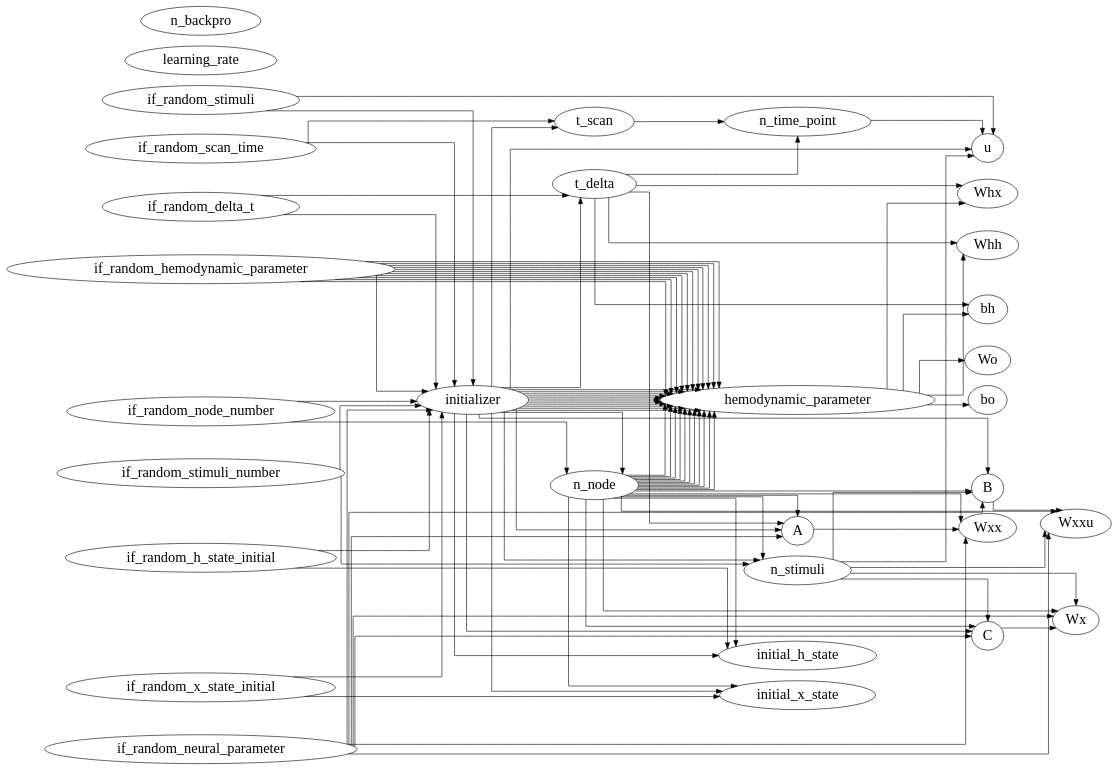
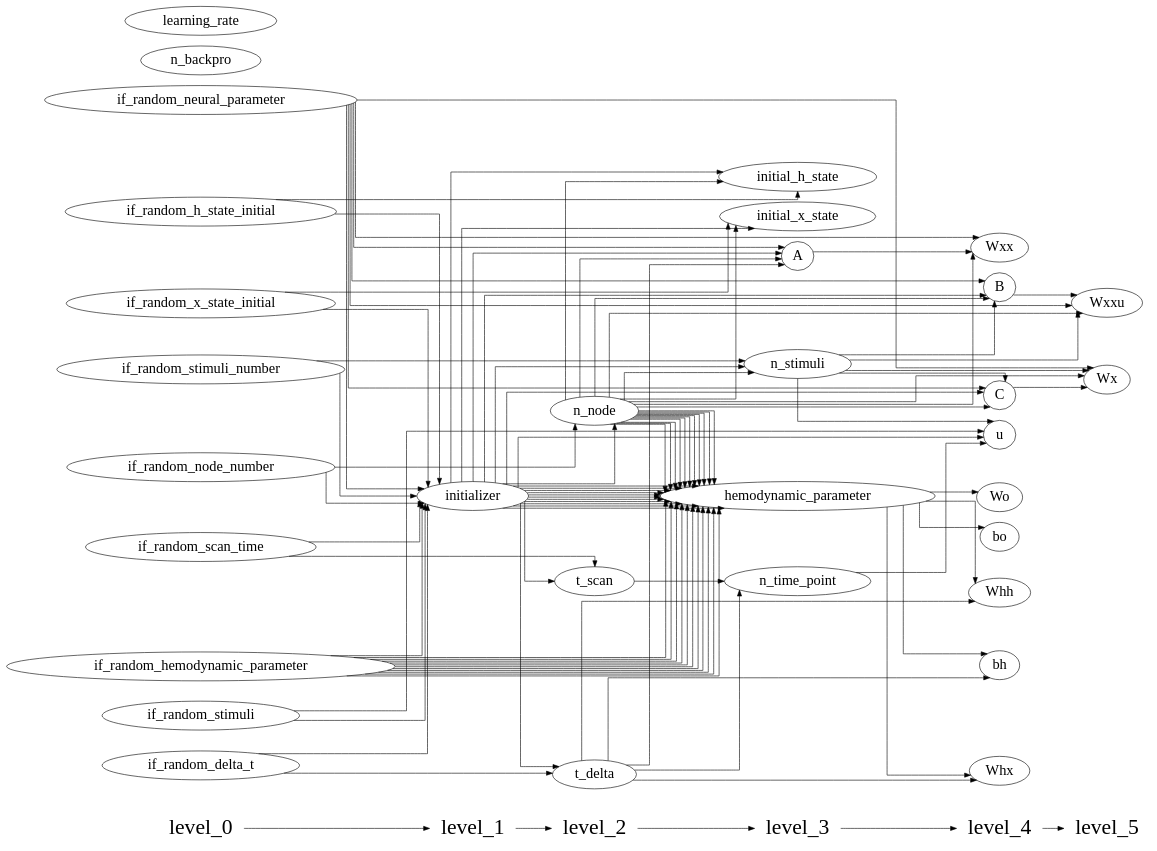
The diagram in DCM_RNN/documents/parameter_graph.gv (YuanWangOnward/DCM_RNN), drawn with Graphviz before and after one commit. The commit also changed 4 other files, not shown here.

Commit message:
Update ParameterGraph.generate_gv_file level lables are added and parameters at the same level are put into the same rank

```diff
--- a/DCM_RNN/documents/parameter_graph.gv
+++ b/DCM_RNN/documents/parameter_graph.gv
@@ -1,110 +1,163 @@
 digraph G {
           splines=ortho;
           rankdir = "LR";
           node[fontsize=24];
-          if_random_neural_parameter -> Wx;
-          n_node -> Wx;
-          n_stimuli -> Wx;
-          C -> Wx;
+          {
+          node [shape=plaintext fontsize=36];
+          level_0 -> 
+          level_1 -> 
+          level_2 -> 
+          level_3 -> 
+          level_4 -> 
+          level_5
+          }
+          {rank = same;
+          initializer;
+          }
+          {rank = same;
+          if_random_neural_parameter;
+          if_random_hemodynamic_parameter;
+          if_random_x_state_initial;
+          if_random_h_state_initial;
+          if_random_stimuli;
+          if_random_node_number;
+          if_random_stimuli_number;
+          if_random_delta_t;
+          if_random_scan_time;
+          n_backpro;
+          learning_rate;
+          }
+          {rank = same;
+          n_node;
+          t_delta;
+          t_scan;
+          }
+          {rank = same;
+          Wxxu;
+          Wx;
+          }
+          {rank = same;
+          u;
+          B;
+          C;
+          Wxx;
+          Whx;
+          Whh;
+          bh;
+          Wo;
+          bo;
+          }
+          {rank = same;
+          n_time_point;
+          n_stimuli;
+          A;
+          hemodynamic_parameter;
+          initial_x_state;
+          initial_h_state;
+          }
           hemodynamic_parameter -> Whh;
           t_delta -> Whh;
-          t_delta -> A;
-          if_random_neural_parameter -> A;
-          n_node -> A;
-          initializer -> A;
-          if_random_delta_t -> t_delta;
-          initializer -> t_delta;
+          if_random_neural_parameter -> Wxx;
+          n_node -> Wxx;
+          A -> Wxx;
           n_node -> hemodynamic_parameter;
           if_random_hemodynamic_parameter -> hemodynamic_parameter;
           initializer -> hemodynamic_parameter;
-          if_random_node_number -> n_node;
-          initializer -> n_node;
-          if_random_h_state_initial;
-          n_node -> initial_h_state;
-          if_random_h_state_initial -> initial_h_state;
-          initializer -> initial_h_state;
-          if_random_scan_time;
-          learning_rate;
-          if_random_neural_parameter -> B;
-          n_node -> B;
-          n_stimuli -> B;
-          initializer -> B;
-          if_random_stimuli_number -> n_stimuli;
-          n_node -> n_stimuli;
-          initializer -> n_stimuli;
-          if_random_delta_t;
-          t_scan -> n_time_point;
-          t_delta -> n_time_point;
-          n_node -> hemodynamic_parameter;
-          if_random_hemodynamic_parameter -> hemodynamic_parameter;
-          initializer -> hemodynamic_parameter;
-          if_random_neural_parameter -> Wxxu;
-          n_node -> Wxxu;
-          n_stimuli -> Wxxu;
-          B -> Wxxu;
-          n_node -> hemodynamic_parameter;
-          if_random_hemodynamic_parameter -> hemodynamic_parameter;
-          initializer -> hemodynamic_parameter;
-          hemodynamic_parameter -> bh;
-          t_delta -> bh;
-          if_random_stimuli_number;
           n_node -> hemodynamic_parameter;
           if_random_hemodynamic_parameter -> hemodynamic_parameter;
           initializer -> hemodynamic_parameter;
           if_random_neural_parameter -> initializer;
           if_random_hemodynamic_parameter -> initializer;
           if_random_x_state_initial -> initializer;
           if_random_h_state_initial -> initializer;
           if_random_stimuli -> initializer;
           if_random_node_number -> initializer;
           if_random_stimuli_number -> initializer;
           if_random_delta_t -> initializer;
           if_random_scan_time -> initializer;
-          n_node -> hemodynamic_parameter;
-          if_random_hemodynamic_parameter -> hemodynamic_parameter;
-          initializer -> hemodynamic_parameter;
+          learning_rate;
+          n_backpro;
+          if_random_neural_parameter -> C;
+          n_node -> C;
+          n_stimuli -> C;
+          initializer -> C;
+          n_node -> initial_h_state;
+          if_random_h_state_initial -> initial_h_state;
+          initializer -> initial_h_state;
+          if_random_delta_t -> t_delta;
+          initializer -> t_delta;
+          if_random_stimuli_number -> n_stimuli;
+          n_node -> n_stimuli;
+          initializer -> n_stimuli;
           if_random_stimuli -> u;
           n_stimuli -> u;
           n_time_point -> u;
           initializer -> u;
-          if_random_neural_parameter;
-          if_random_hemodynamic_parameter;
+          if_random_neural_parameter -> Wx;
+          n_node -> Wx;
+          n_stimuli -> Wx;
+          C -> Wx;
+          if_random_stimuli_number;
           n_node -> hemodynamic_parameter;
           if_random_hemodynamic_parameter -> hemodynamic_parameter;
           initializer -> hemodynamic_parameter;
-          hemodynamic_parameter -> Whx;
-          t_delta -> Whx;
-          if_random_stimuli;
-          hemodynamic_parameter -> Wo;
-          n_backpro;
+          n_node -> initial_x_state;
+          if_random_x_state_initial -> initial_x_state;
+          initializer -> initial_x_state;
           n_node -> hemodynamic_parameter;
           if_random_hemodynamic_parameter -> hemodynamic_parameter;
           initializer -> hemodynamic_parameter;
-          if_random_node_number;
-          n_node -> initial_x_state;
-          if_random_x_state_initial -> initial_x_state;
-          initializer -> initial_x_state;
-          if_random_x_state_initial;
+          if_random_neural_parameter -> Wxxu;
+          n_node -> Wxxu;
+          n_stimuli -> Wxxu;
+          B -> Wxxu;
+          hemodynamic_parameter -> Whx;
+          t_delta -> Whx;
+          if_random_hemodynamic_parameter;
+          if_random_h_state_initial;
           n_node -> hemodynamic_parameter;
           if_random_hemodynamic_parameter -> hemodynamic_parameter;
           initializer -> hemodynamic_parameter;
-          if_random_neural_parameter -> Wxx;
-          n_node -> Wxx;
-          A -> Wxx;
-          if_random_neural_parameter -> C;
-          n_node -> C;
-          n_stimuli -> C;
-          initializer -> C;
+          hemodynamic_parameter -> bh;
+          t_delta -> bh;
+          n_node -> hemodynamic_parameter;
+          if_random_hemodynamic_parameter -> hemodynamic_parameter;
+          initializer -> hemodynamic_parameter;
+          if_random_node_number -> n_node;
+          initializer -> n_node;
+          n_node -> hemodynamic_parameter;
+          if_random_hemodynamic_parameter -> hemodynamic_parameter;
+          initializer -> hemodynamic_parameter;
+          hemodynamic_parameter -> Wo;
           hemodynamic_parameter -> bo;
           n_node -> hemodynamic_parameter;
           if_random_hemodynamic_parameter -> hemodynamic_parameter;
           initializer -> hemodynamic_parameter;
-          if_random_scan_time -> t_scan;
-          initializer -> t_scan;
+          if_random_scan_time;
           n_node -> hemodynamic_parameter;
           if_random_hemodynamic_parameter -> hemodynamic_parameter;
           initializer -> hemodynamic_parameter;
           n_node -> hemodynamic_parameter;
           if_random_hemodynamic_parameter -> hemodynamic_parameter;
           initializer -> hemodynamic_parameter;
+          if_random_delta_t;
+          if_random_node_number;
+          n_node -> hemodynamic_parameter;
+          if_random_hemodynamic_parameter -> hemodynamic_parameter;
+          initializer -> hemodynamic_parameter;
+          if_random_scan_time -> t_scan;
+          initializer -> t_scan;
+          t_delta -> A;
+          if_random_neural_parameter -> A;
+          n_node -> A;
+          initializer -> A;
+          if_random_neural_parameter;
+          if_random_neural_parameter -> B;
+          n_node -> B;
+          n_stimuli -> B;
+          initializer -> B;
+          t_scan -> n_time_point;
+          t_delta -> n_time_point;
+          if_random_x_state_initial;
+          if_random_stimuli;
 }
```
